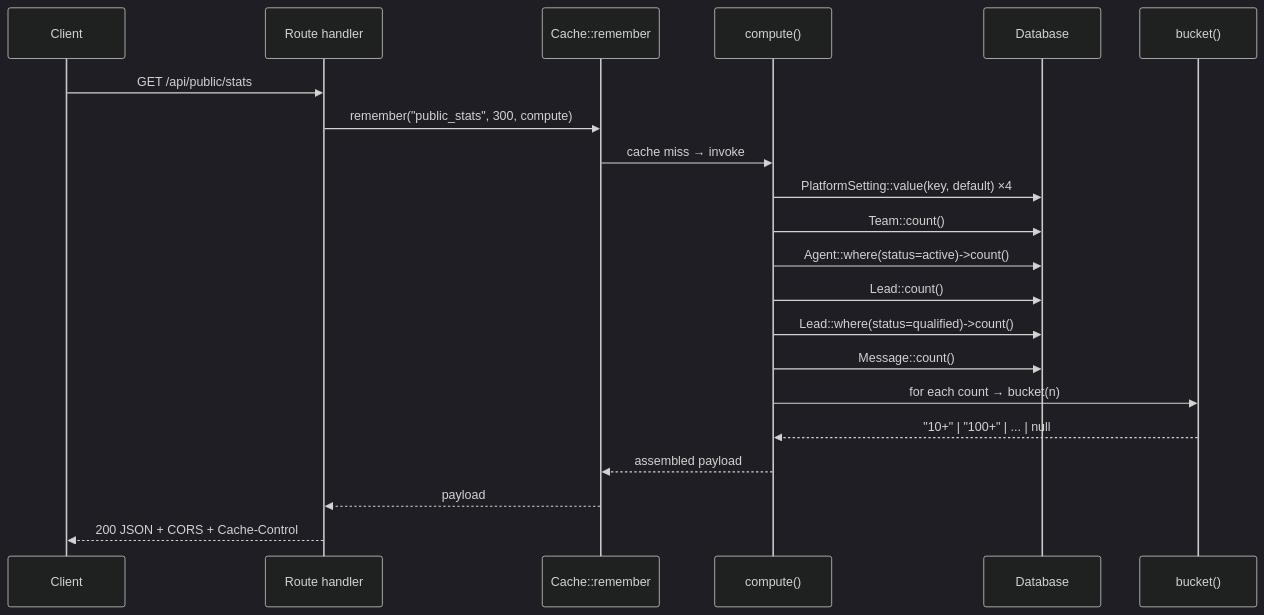
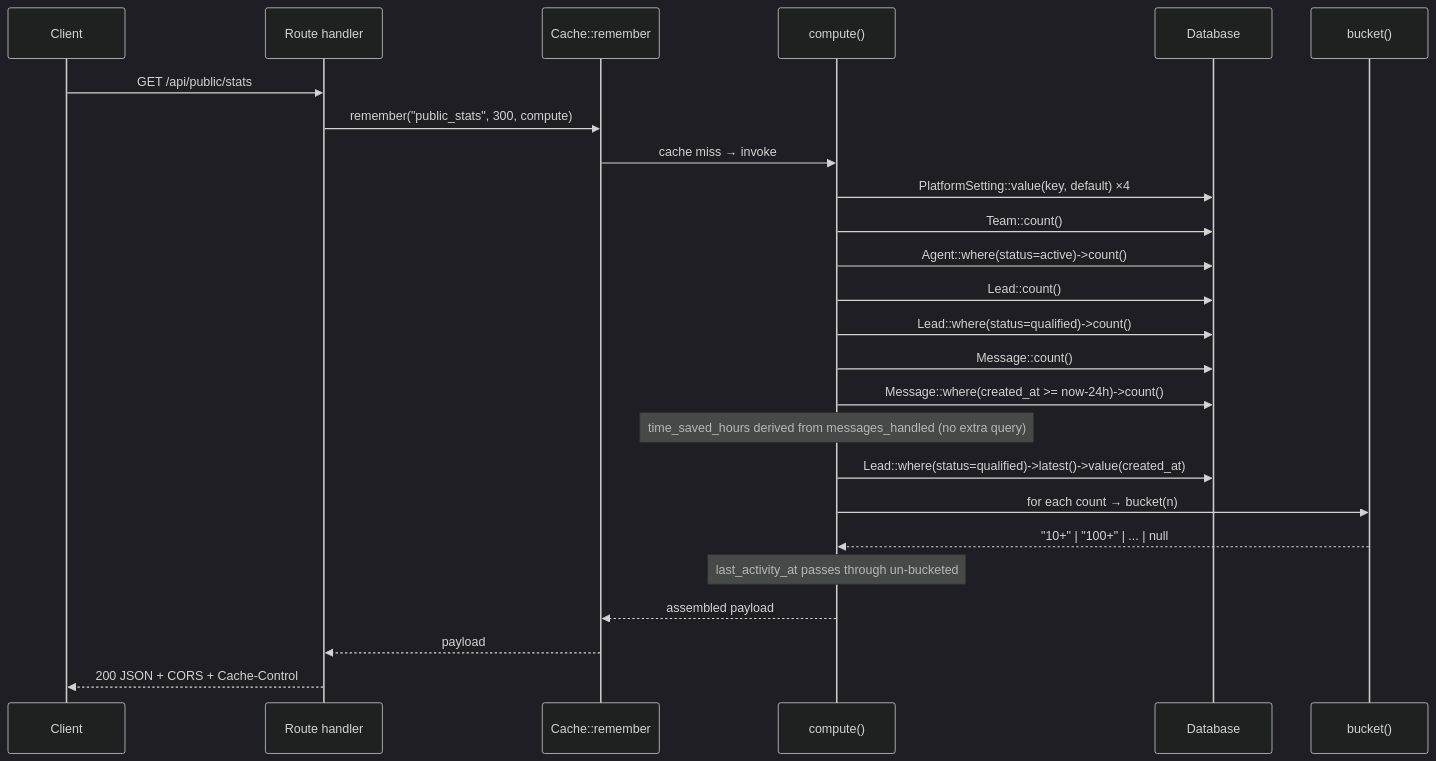
One commit to Neoptolemospapadiofantous/automation_dashboard changed the second of 4 diagrams in docs/architecture/public-stats-flow.md. Above: the diagram before and after it, drawn with Mermaid (dark theme). The commit also changed other lines of this file and 515 other files, not shown here.

````diff
--- a/docs/architecture/public-stats-flow.md
+++ b/docs/architecture/public-stats-flow.md
@@ -43,24 +43,28 @@
 ```mermaid
 sequenceDiagram
   participant C as Client
   participant R as Route handler
   participant K as Cache::remember
   participant M as compute()
   participant DB as Database
   participant B as bucket()
 
   C->>R: GET /api/public/stats
   R->>K: remember("public_stats", 300, compute)
   K->>M: cache miss → invoke
   M->>DB: PlatformSetting::value(key, default) ×4
   M->>DB: Team::count()
   M->>DB: Agent::where(status=active)->count()
   M->>DB: Lead::count()
   M->>DB: Lead::where(status=qualified)->count()
   M->>DB: Message::count()
+  M->>DB: Message::where(created_at >= now-24h)->count()
+  Note over M: time_saved_hours derived from messages_handled (no extra query)
+  M->>DB: Lead::where(status=qualified)->latest()->value(created_at)
   M->>B: for each count → bucket(n)
   B-->>M: "10+" | "100+" | ... | null
+  Note over M: last_activity_at passes through un-bucketed
   M-->>K: assembled payload
   K-->>R: payload
   R-->>C: 200 JSON + CORS + Cache-Control
 ```
````
